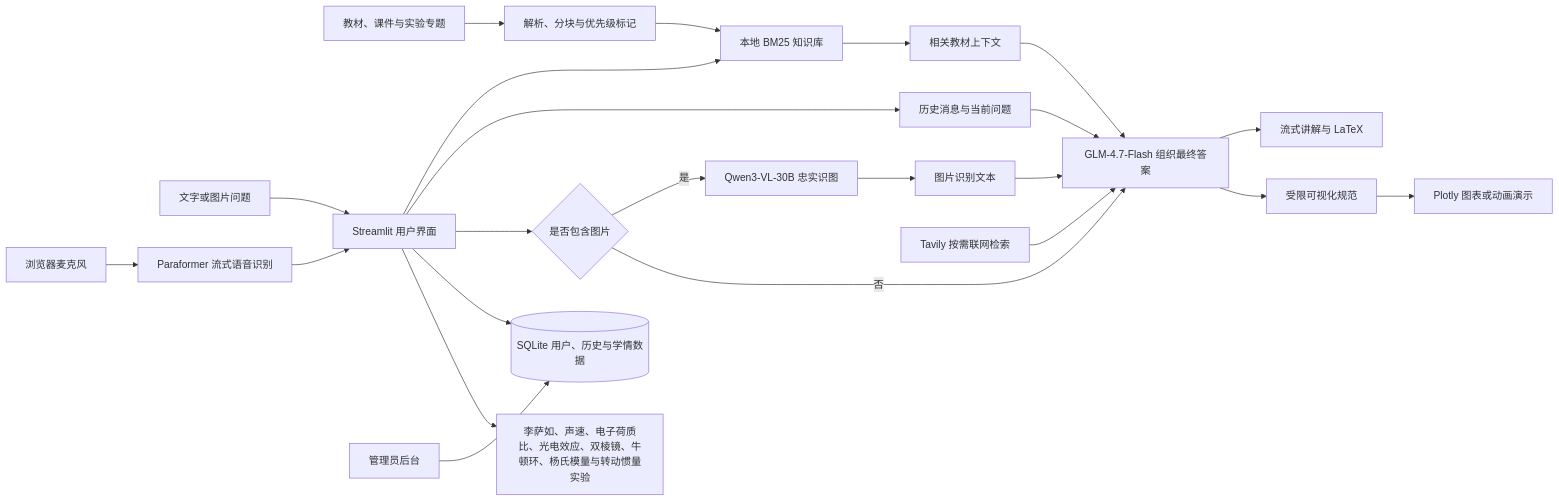
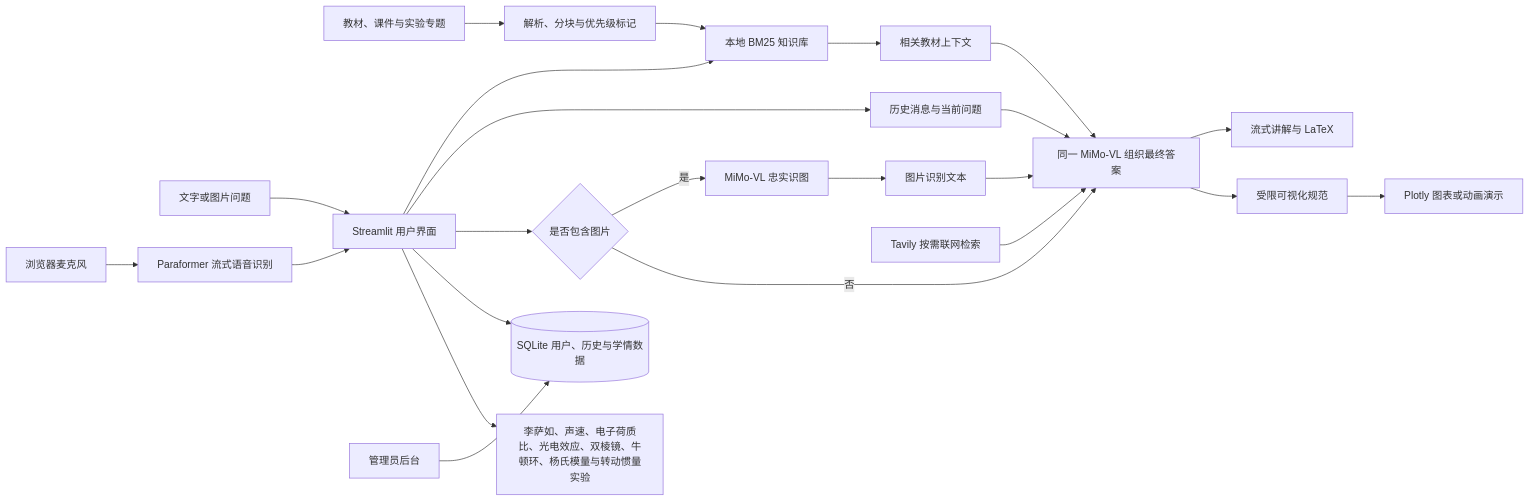
One commit to RENAI-PHYSICS-AI/Ren-ai_Intelligent_Teaching_Assistant_for_College_Physics changed the diagram in README.md. Above: the diagram before and after it, drawn with Mermaid. The commit also changed other lines of this file and 18 other files, not shown here.

````diff
--- a/README.md
+++ b/README.md
@@ -52,25 +52,25 @@
 ```mermaid
 flowchart LR
     A[教材、课件与实验专题] --> B[解析、分块与优先级标记]
     B --> C[本地 BM25 知识库]
     D[文字或图片问题] --> E[Streamlit 用户界面]
     P[浏览器麦克风] --> Q[Paraformer 流式语音识别]
     Q --> E
     E --> C
     C --> F[相关教材上下文]
     E --> G[历史消息与当前问题]
     E --> R{是否包含图片}
-    R -- 是 --> V[Qwen3-VL-30B 忠实识图]
+    R -- 是 --> V[MiMo-VL 忠实识图]
     V --> X[图片识别文本]
-    F --> H[GLM-4.7-Flash 组织最终答案]
+    F --> H[同一 MiMo-VL 组织最终答案]
     G --> H
     X --> H
     R -- 否 --> H
     O[Tavily 按需联网检索] --> H
     H --> I[流式讲解与 LaTeX]
     H --> J[受限可视化规范]
     J --> K[Plotly 图表或动画演示]
     E --> L[(SQLite 用户、历史与学情数据)]
     M[管理员后台] --> L
     E --> N[李萨如、声速、电子荷质比、光电效应、双棱镜、牛顿环、杨氏模量与转动惯量实验]
 ```
````
